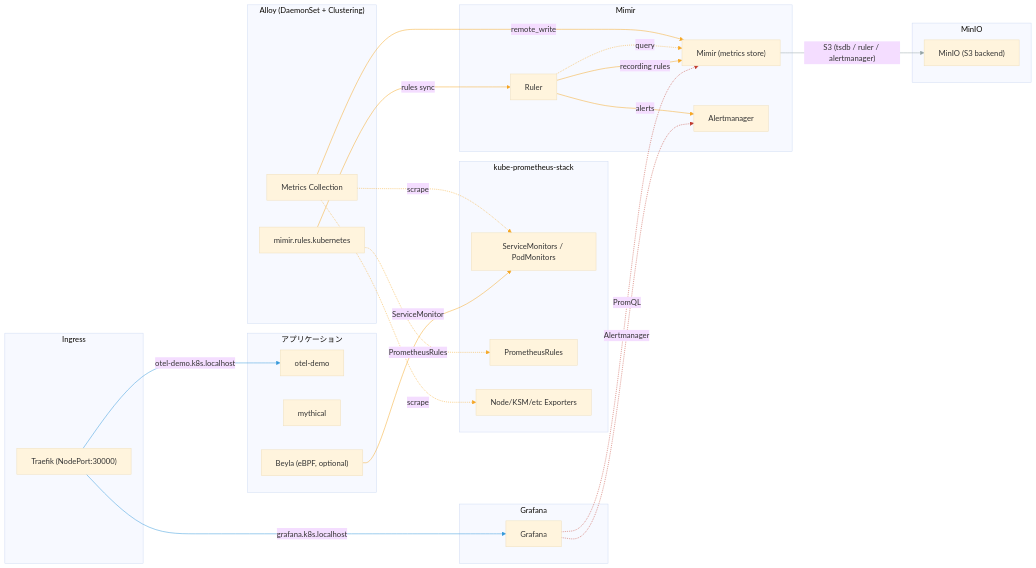
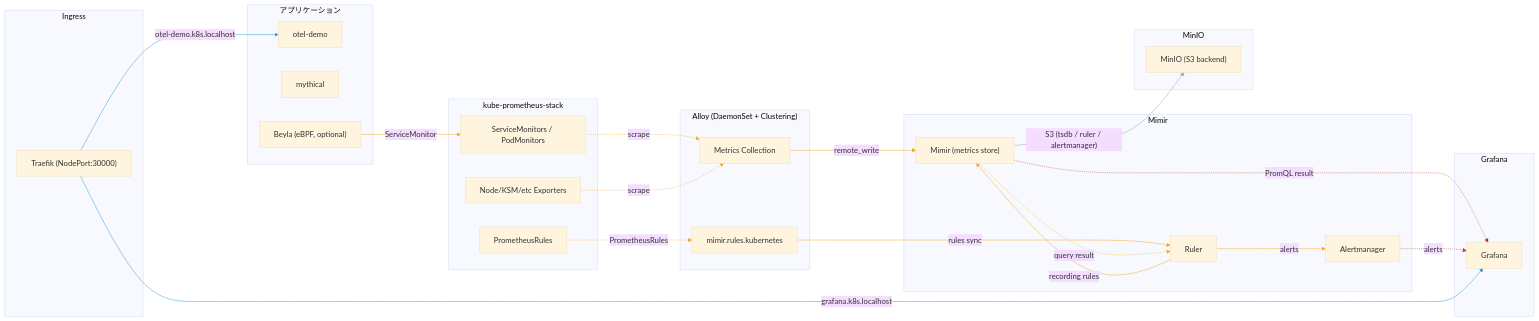
One commit to buzztaiki/sandbox changed the first of 4 diagrams in k8s/alloy-lgtm-kubeprom/README.md. Above: the diagram before and after it, drawn with Mermaid (base theme). The commit also changed other lines of this file, not shown here.

Commit message:
docs: fix dashed arrow directions and labels in diagrams
- Reverse dashed arrows to match data flow direction (scrape, query, watch)
- Rename query labels to "PromQL result", "LogQL result", "TraceQL result",
  "query result", "alerts" to clarify response direction

````diff
--- a/k8s/alloy-lgtm-kubeprom/README.md
+++ b/k8s/alloy-lgtm-kubeprom/README.md
@@ -34,62 +34,62 @@
 ```mermaid
 graph LR
     subgraph apps["アプリケーション"]
         otel_demo["otel-demo"]
         mythical["mythical"]
         beyla["Beyla (eBPF, optional)"]
     end
 
     subgraph kps["kube-prometheus-stack"]
         kube_monitors["ServiceMonitors / PodMonitors"]
         kube_rules["PrometheusRules"]
         exporters["Node/KSM/etc Exporters"]
     end
 
     subgraph alloy_ns["Alloy (DaemonSet + Clustering)"]
         alloy_metrics["Metrics Collection"]
         alloy_rules["mimir.rules.kubernetes"]
     end
 
     subgraph mimir_ns["Mimir"]
         mimir["Mimir (metrics store)"]
         mimir_am["Alertmanager"]
         mimir_ruler["Ruler"]
     end
 
     subgraph minio_ns["MinIO"]
         minio["MinIO (S3 backend)"]
     end
 
     subgraph grafana_ns["Grafana"]
         grafana["Grafana"]
     end
 
     subgraph ingress["Ingress"]
         traefik["Traefik (NodePort:30000)"]
     end
 
-    alloy_metrics m1@-.->|"scrape"| kube_monitors
-    alloy_metrics m2@-.->|"scrape"| exporters
-    alloy_rules m3@-.->|"PrometheusRules"| kube_rules
+    kube_monitors m1@-.->|"scrape"| alloy_metrics
+    exporters m2@-.->|"scrape"| alloy_metrics
+    kube_rules m3@-.->|"PrometheusRules"| alloy_rules
     alloy_metrics m4@-->|"remote_write"| mimir
     alloy_rules m5@-->|"rules sync"| mimir_ruler
     beyla b1@-->|"ServiceMonitor"| kube_monitors
-    mimir_ruler x1@-.->|"query"| mimir
+    mimir x1@-.->|"query result"| mimir_ruler
     mimir_ruler x2@-->|"recording rules"| mimir
     mimir_ruler x3@-->|"alerts"| mimir_am
     mimir s1@-->|"S3 (tsdb / ruler / alertmanager)"| minio
-    grafana r1@-.->|"PromQL"| mimir
-    grafana r2@-.->|"Alertmanager"| mimir_am
+    mimir r1@-.->|"PromQL result"| grafana
+    mimir_am r2@-.->|"alerts"| grafana
     traefik i1@-->|"grafana.k8s.localhost"| grafana
     traefik i2@-->|"otel-demo.k8s.localhost"| otel_demo
 
     classDef metrics stroke:#f5a623
     classDef storage stroke:#95a5a6
     classDef read stroke:#c0392b
     classDef ingress stroke:#3498db
 
     class m1,m2,m3,m4,m5,b1,x1,x2,x3 metrics
     class s1 storage
     class r1,r2 read
     class i1,i2 ingress
 ```
````
